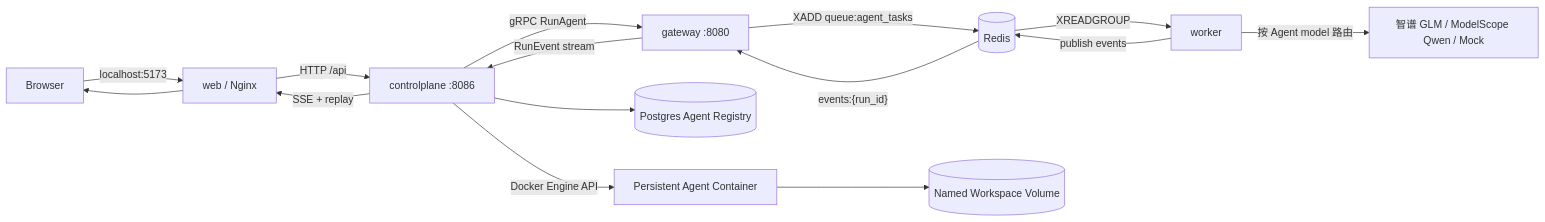
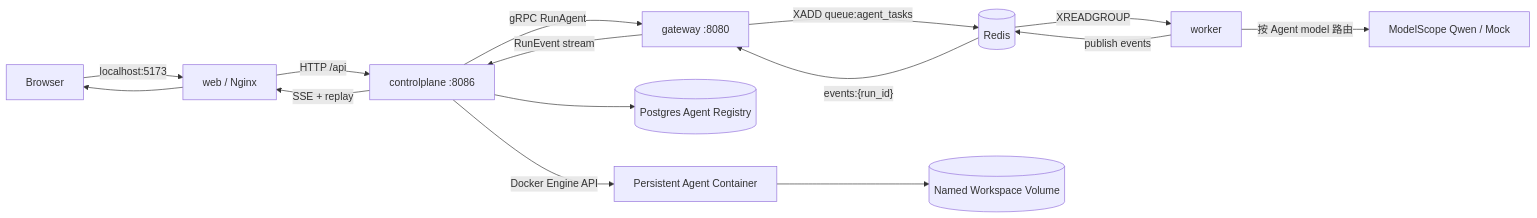
Before and after one commit to wzhnbsixsixsix/AI-Agent-Cloud-Runtime: the first of 6 diagrams in docs/ARCHITECTURE.md, drawn with Mermaid. The commit also changed 35 other files, not shown here.

````diff
--- a/docs/ARCHITECTURE.md
+++ b/docs/ARCHITECTURE.md
@@ -7,18 +7,18 @@
 ```mermaid
 flowchart LR
   Browser["Browser"] -->|"localhost:5173"| Web["web / Nginx"]
   Web -->|"HTTP /api"| CP["controlplane :8086"]
   CP -->|"gRPC RunAgent"| GW["gateway :8080"]
   GW -->|"XADD queue:agent_tasks"| Redis[("Redis")]
   Redis -->|"XREADGROUP"| Worker["worker"]
-  Worker -->|"按 Agent model 路由"| LLM["智谱 GLM / ModelScope Qwen / Mock"]
+  Worker -->|"按 Agent model 路由"| LLM["ModelScope Qwen / Mock"]
   Worker -->|"publish events"| Redis
   Redis -->|"events:{run_id}"| GW
   GW -->|"RunEvent stream"| CP
   CP -->|"SSE + replay"| Web
   Web --> Browser
 
   CP --> Registry[("Postgres Agent Registry")]
   CP -->|"Docker Engine API"| Agent["Persistent Agent Container"]
   Agent --> Volume[("Named Workspace Volume")]
 ```
````
